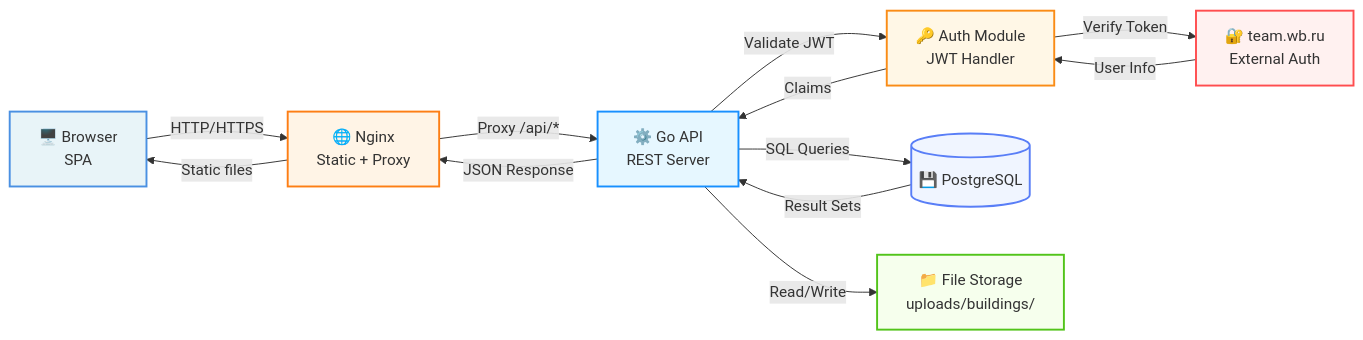
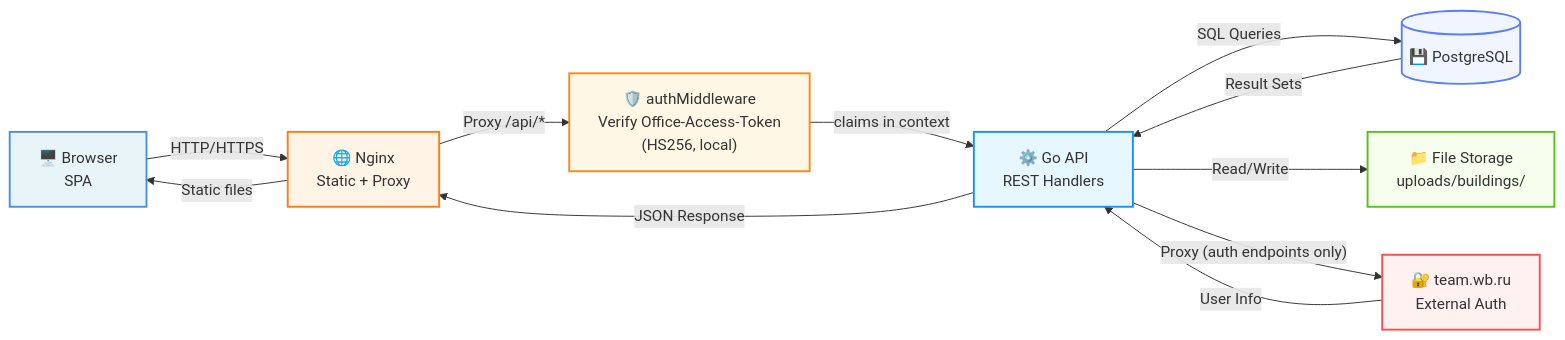
One commit to radiantbald/office-management changed the second of 9 diagrams in DATA_FLOW_DIAGRAM.md. Above: the diagram before and after it, drawn with Mermaid. The commit also changed other lines of this file and 11 other files, not shown here.

````diff
--- a/DATA_FLOW_DIAGRAM.md
+++ b/DATA_FLOW_DIAGRAM.md
@@ -25,30 +25,29 @@
 ```mermaid
 graph LR
     Browser["🖥️ Browser\nSPA"]
     Nginx["🌐 Nginx\nStatic + Proxy"]
-    API["⚙️ Go API\nREST Server"]
-    Auth["🔑 Auth Module\nJWT Handler"]
+    MW["🛡️ authMiddleware\nVerify Office-Access-Token\n(HS256, local)"]
+    API["⚙️ Go API\nREST Handlers"]
     DB[("💾 PostgreSQL")]
     FS["📁 File Storage\nuploads/buildings/"]
     WB["🔐 team.wb.ru\nExternal Auth"]
 
     Browser -- "HTTP/HTTPS" --> Nginx
     Nginx -- "Static files" --> Browser
-    Nginx -- "Proxy /api/*" --> API
+    Nginx -- "Proxy /api/*" --> MW
+    MW -- "claims in context" --> API
     API -- "JSON Response" --> Nginx
     API -- "SQL Queries" --> DB
     DB -- "Result Sets" --> API
     API -- "Read/Write" --> FS
-    API -- "Validate JWT" --> Auth
-    Auth -- "Claims" --> API
-    Auth -- "Verify Token" --> WB
-    WB -- "User Info" --> Auth
+    API -- "Proxy (auth endpoints only)" --> WB
+    WB -- "User Info" --> API
 
     style Browser fill:#E8F4F8,stroke:#4A90E2,stroke-width:2px
     style Nginx fill:#FFF4E6,stroke:#FD7E14,stroke-width:2px
+    style MW fill:#FFF7E6,stroke:#FA8C16,stroke-width:2px
     style API fill:#E6F7FF,stroke:#1890FF,stroke-width:2px
-    style Auth fill:#FFF7E6,stroke:#FA8C16,stroke-width:2px
     style DB fill:#F0F5FF,stroke:#597EF7,stroke-width:2px
     style FS fill:#F6FFED,stroke:#52C41A,stroke-width:2px
     style WB fill:#FFF1F0,stroke:#FF4D4F,stroke-width:2px
 ```
````
